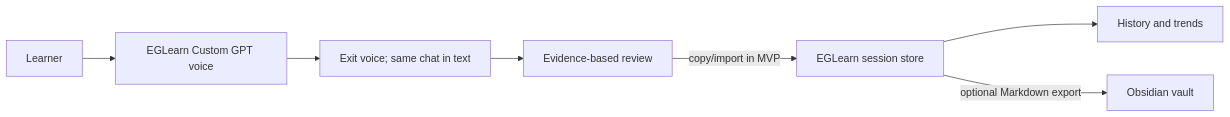
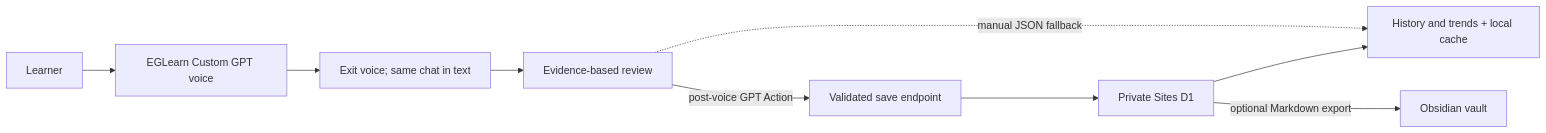
Before and after one commit to snozzz/eglearn: the diagram in docs/ARCHITECTURE.md, drawn with Mermaid. The commit also changed other lines of this file and 34 other files, not shown here.

Commit message:
feat: add private GPT Action review sync

````diff
--- a/docs/ARCHITECTURE.md
+++ b/docs/ARCHITECTURE.md
@@ -7,9 +7,11 @@
 ```mermaid
 flowchart LR
   U["Learner"] --> V["EGLearn Custom GPT voice"]
   V --> T["Exit voice; same chat in text"]
   T --> R["Evidence-based review"]
-  R -->|"copy/import in MVP"| D["EGLearn session store"]
-  D --> H["History and trends"]
+  R -->|"post-voice GPT Action"| A["Validated save endpoint"]
+  A --> D["Private Sites D1"]
+  D --> H["History and trends + local cache"]
+  R -. "manual JSON fallback" .-> H
   D -->|"optional Markdown export"| O["Obsidian vault"]
 ```
````
